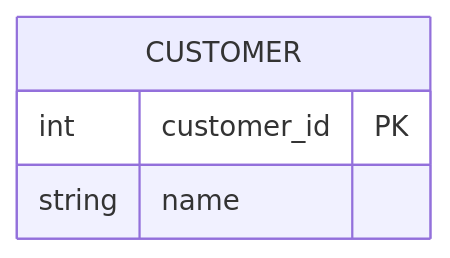
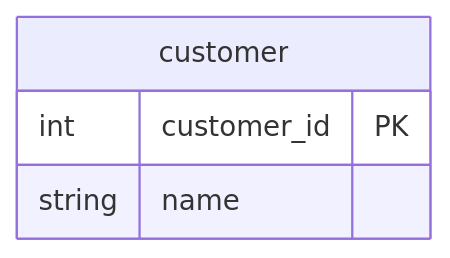
The first of 7 diagrams in docs/dimensional-modeling-standards.md (ducchetrongminh/vitlamdata_dbt_postgres), drawn with Mermaid before and after one commit. The commit also changed other lines of this file, not shown here.

Commit message:
docs: lowercase table names in diagram

````diff
--- a/docs/dimensional-modeling-standards.md
+++ b/docs/dimensional-modeling-standards.md
@@ -52,7 +52,7 @@
 ```mermaid
 erDiagram
-    CUSTOMER {
+    customer {
         int customer_id PK
         string name
     }
 ```
````
